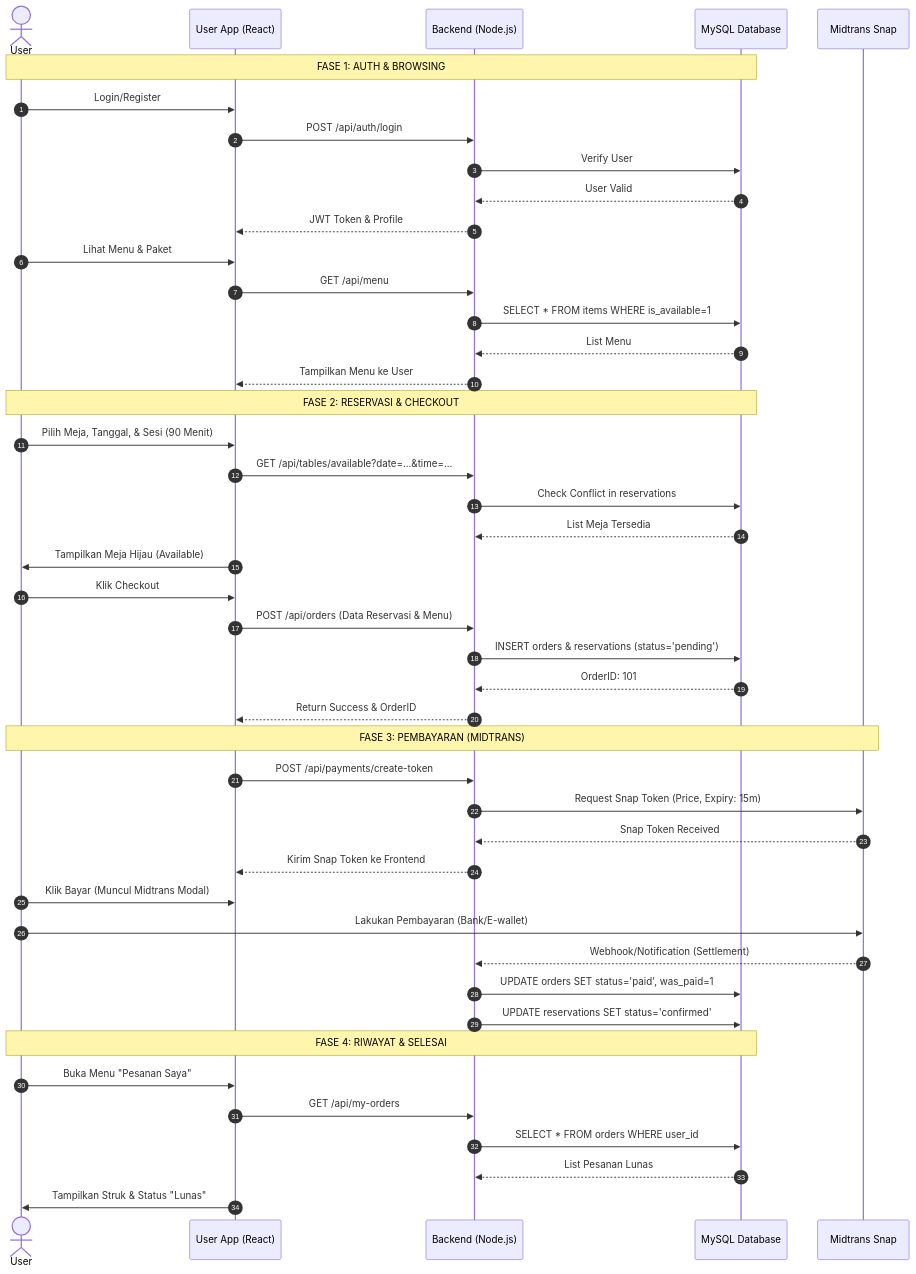
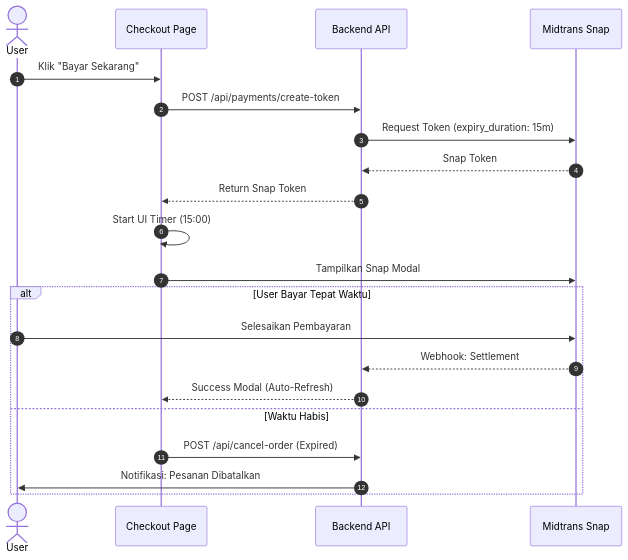
Before and after one commit to AkbarHusaini/website-reservasi-online-Ineri-suki: the fourth of 6 diagrams in DIAGRAM.md, drawn with Mermaid. The commit also changed other lines of this file, not shown here.

Commit message:
docs: restructure sequence diagrams into per-feature sections

````diff
--- a/DIAGRAM.md
+++ b/DIAGRAM.md
@@ -83,54 +99,26 @@
 ```mermaid
 sequenceDiagram
     autonumber
     actor User
-    participant FE as User App (React)
-    participant BE as Backend (Node.js)
-    participant DB as MySQL Database
+    participant FE as Checkout Page
+    participant BE as Backend API
     participant PG as Midtrans Snap
 
-    Note over User, DB: FASE 1: AUTH & BROWSING
-    User->>FE: Login/Register
-    FE->>BE: POST /api/auth/login
-    BE->>DB: Verify User
-    DB-->>BE: User Valid
-    BE-->>FE: JWT Token & Profile
+    User->>FE: Klik "Bayar Sekarang"
+    FE->>BE: POST /api/payments/create-token
+    BE->>PG: Request Token (expiry_duration: 15m)
+    PG-->>BE: Snap Token
+    BE-->>FE: Return Snap Token
     
-    User->>FE: Lihat Menu & Paket
-    FE->>BE: GET /api/menu
-    BE->>DB: SELECT * FROM items WHERE is_available=1
-    DB-->>BE: List Menu
-    BE-->>FE: Tampilkan Menu ke User
-
-    Note over User, DB: FASE 2: RESERVASI & CHECKOUT
-    User->>FE: Pilih Meja, Tanggal, & Sesi (90 Menit)
-    FE->>BE: GET /api/tables/available?date=...&time=...
-    BE->>DB: Check Conflict in reservations
-    DB-->>BE: List Meja Tersedia
-    FE->>User: Tampilkan Meja Hijau (Available)
+    FE->>FE: Start UI Timer (15:00)
+    FE->>PG: Tampilkan Snap Modal
     
-    User->>FE: Klik Checkout
-    FE->>BE: POST /api/orders (Data Reservasi & Menu)
-    BE->>DB: INSERT orders & reservations (status='pending')
-    DB-->>BE: OrderID: 101
-    BE-->>FE: Return Success & OrderID
-
-    Note over User, PG: FASE 3: PEMBAYARAN (MIDTRANS)
-    FE->>BE: POST /api/payments/create-token
-    BE->>PG: Request Snap Token (Price, Expiry: 15m)
-    PG-->>BE: Snap Token Received
-    BE-->>FE: Kirim Snap Token ke Frontend
-    
-    User->>FE: Klik Bayar (Muncul Midtrans Modal)
-    User->>PG: Lakukan Pembayaran (Bank/E-wallet)
-    PG-->>BE: Webhook/Notification (Settlement)
-    BE->>DB: UPDATE orders SET status='paid', was_paid=1
-    BE->>DB: UPDATE reservations SET status='confirmed'
-    
-    Note over User, DB: FASE 4: RIWAYAT & SELESAI
-    User->>FE: Buka Menu "Pesanan Saya"
-    FE->>BE: GET /api/my-orders
-    BE->>DB: SELECT * FROM orders WHERE user_id
-    DB-->>BE: List Pesanan Lunas
-    FE->>User: Tampilkan Struk & Status "Lunas"
+    alt User Bayar Tepat Waktu
+        User->>PG: Selesaikan Pembayaran
+        PG-->>BE: Webhook: Settlement
+        BE-->>FE: Success Modal (Auto-Refresh)
+    else Waktu Habis
+        FE->>BE: POST /api/cancel-order (Expired)
+        BE->>User: Notifikasi: Pesanan Dibatalkan
+    end
 ```
````
